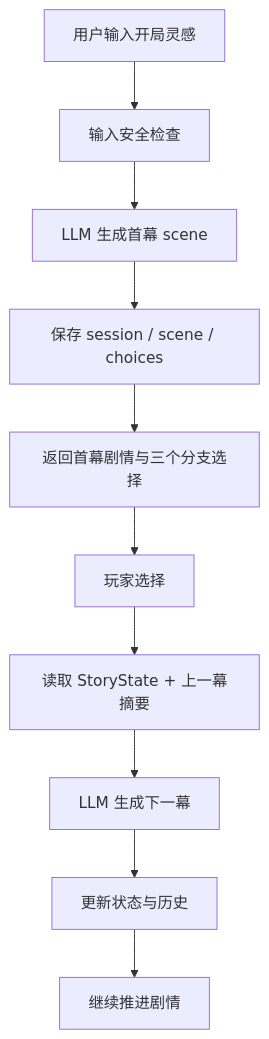
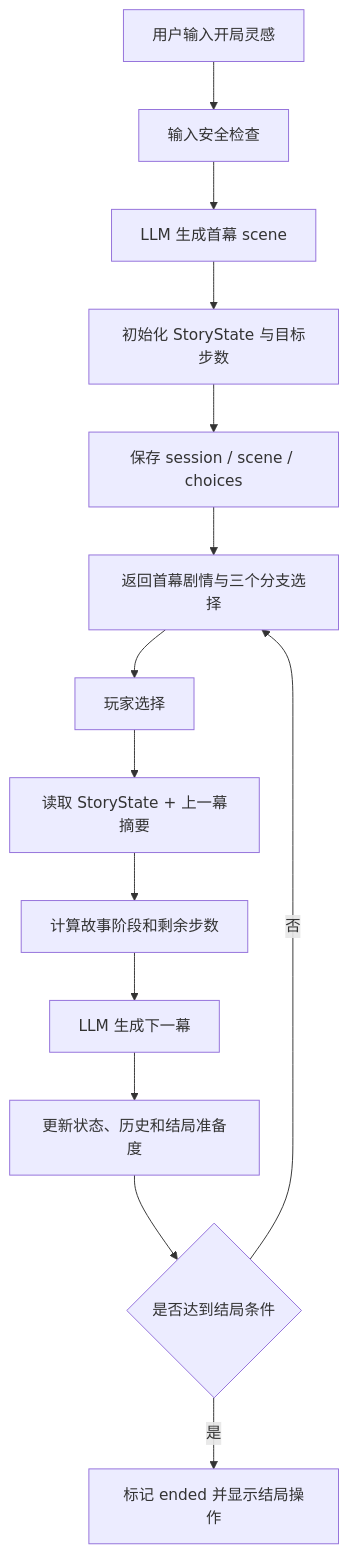
Before and after one commit to Caser-86/storyforge-interactive-narrative: the first of 2 diagrams in README.md, drawn with Mermaid. The commit also changed other lines of this file and 32 other files, not shown here.

````diff
--- a/README.md
+++ b/README.md
@@ -120,12 +127,16 @@
 ```mermaid
 flowchart TB
     A[用户输入开局灵感] --> B[输入安全检查]
     B --> C[LLM 生成首幕 scene]
-    C --> D[保存 session / scene / choices]
-    D --> E[返回首幕剧情与三个分支选择]
-    E --> F[玩家选择]
-    F --> G[读取 StoryState + 上一幕摘要]
-    G --> H[LLM 生成下一幕]
-    H --> I[更新状态与历史]
-    I --> J[继续推进剧情]
+    C --> D[初始化 StoryState 与目标步数]
+    D --> E[保存 session / scene / choices]
+    E --> F[返回首幕剧情与三个分支选择]
+    F --> G[玩家选择]
+    G --> H[读取 StoryState + 上一幕摘要]
+    H --> I[计算故事阶段和剩余步数]
+    I --> J[LLM 生成下一幕]
+    J --> K[更新状态、历史和结局准备度]
+    K --> L{是否达到结局条件}
+    L -->|否| F
+    L -->|是| M[标记 ended 并显示结局操作]
 ```
````
